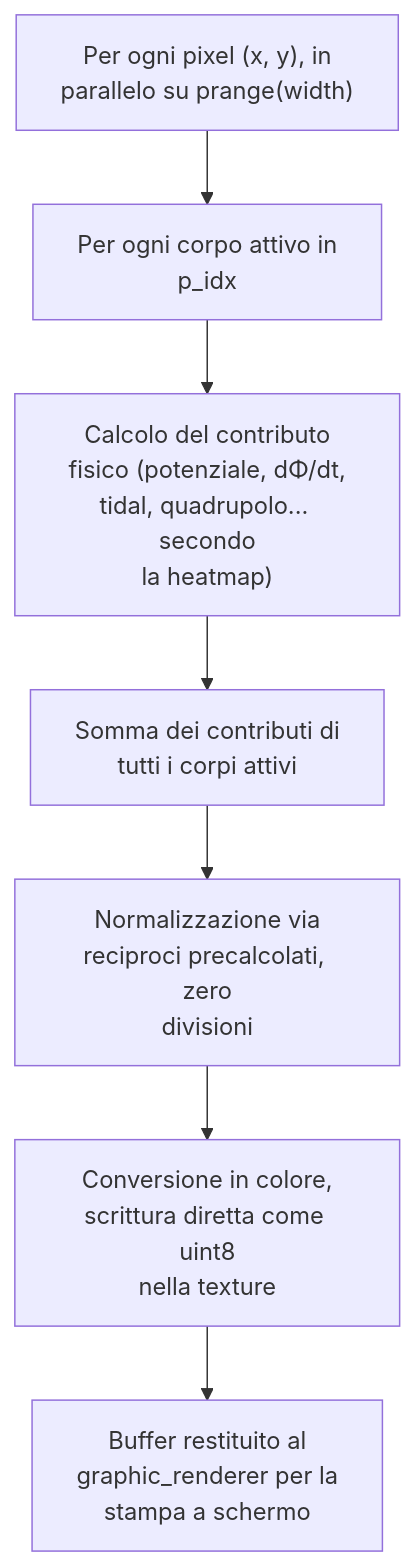
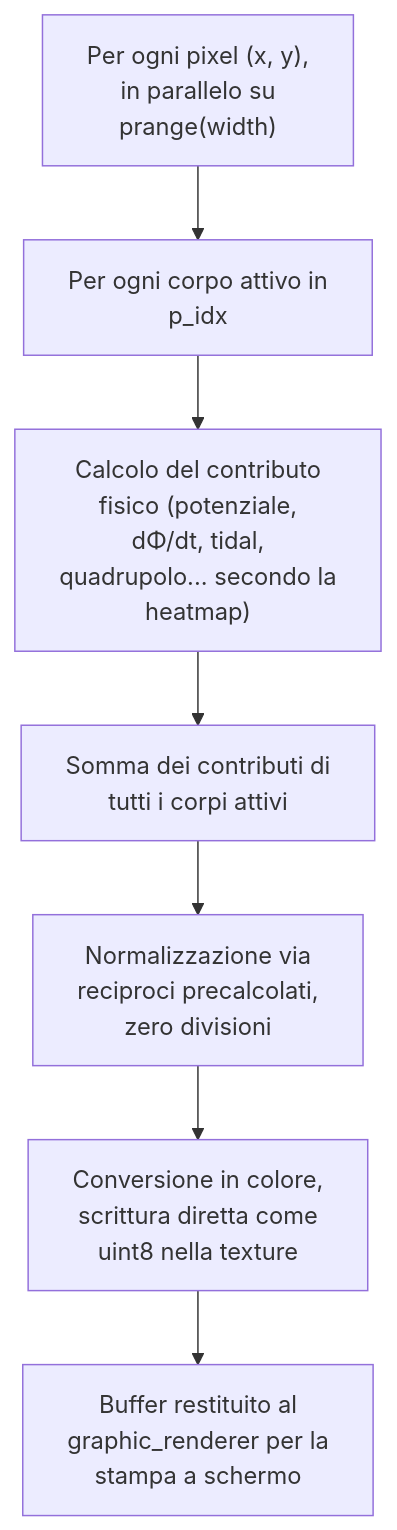
Before and after one commit to alessandro-pioli/AstroCausal_Engine: the fourth of 11 diagrams in ARCHITECTURE_DEEP_DIVE.it.md, drawn with Mermaid. The commit also changed other lines of this file and 2 other files, not shown here.

````diff
--- a/ARCHITECTURE_DEEP_DIVE.it.md
+++ b/ARCHITECTURE_DEEP_DIVE.it.md
@@ -413,9 +411,9 @@
 ```mermaid
 flowchart TD
-    A["Per ogni pixel (x, y), in<br/>parallelo su prange(width)"] --> B["Per ogni corpo attivo in<br/>p_idx"]
-    B --> C["Calcolo del contributo<br/>fisico (potenziale, dΦ/dt,<br/>tidal, quadrupolo... secondo<br/>la heatmap)"]
+    A["Per ogni pixel (x, y),<br/>in parallelo su<br/>prange(width)"] --> B["Per ogni corpo attivo in<br/>p_idx"]
+    B --> C["Calcolo del contributo<br/>fisico (potenziale,<br/>dΦ/dt, tidal,<br/>quadrupolo... secondo la<br/>heatmap)"]
     C --> D["Somma dei contributi di<br/>tutti i corpi attivi"]
-    D --> E["Normalizzazione via<br/>reciproci precalcolati, zero<br/>divisioni"]
-    E --> F["Conversione in colore,<br/>scrittura diretta come uint8<br/>nella texture"]
+    D --> E["Normalizzazione via<br/>reciproci precalcolati,<br/>zero divisioni"]
+    E --> F["Conversione in colore,<br/>scrittura diretta come<br/>uint8 nella texture"]
     F --> G["Buffer restituito al<br/>graphic_renderer per la<br/>stampa a schermo"]
 ```
````
